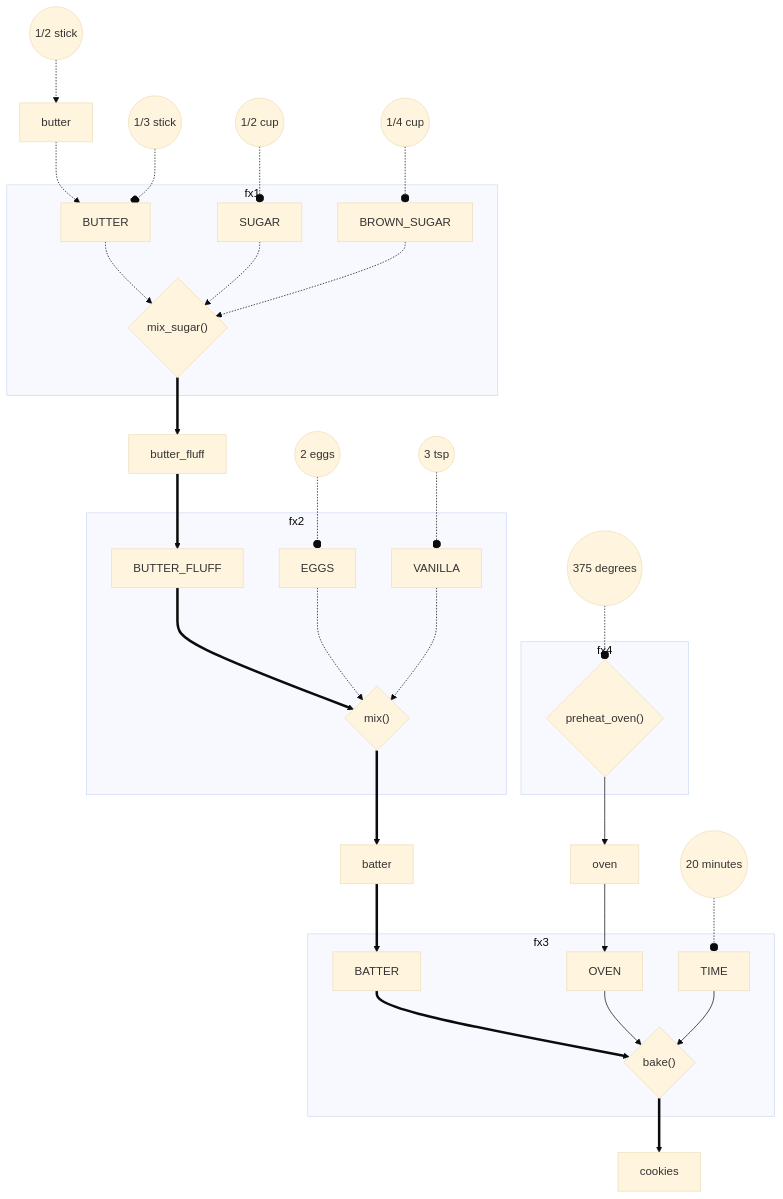
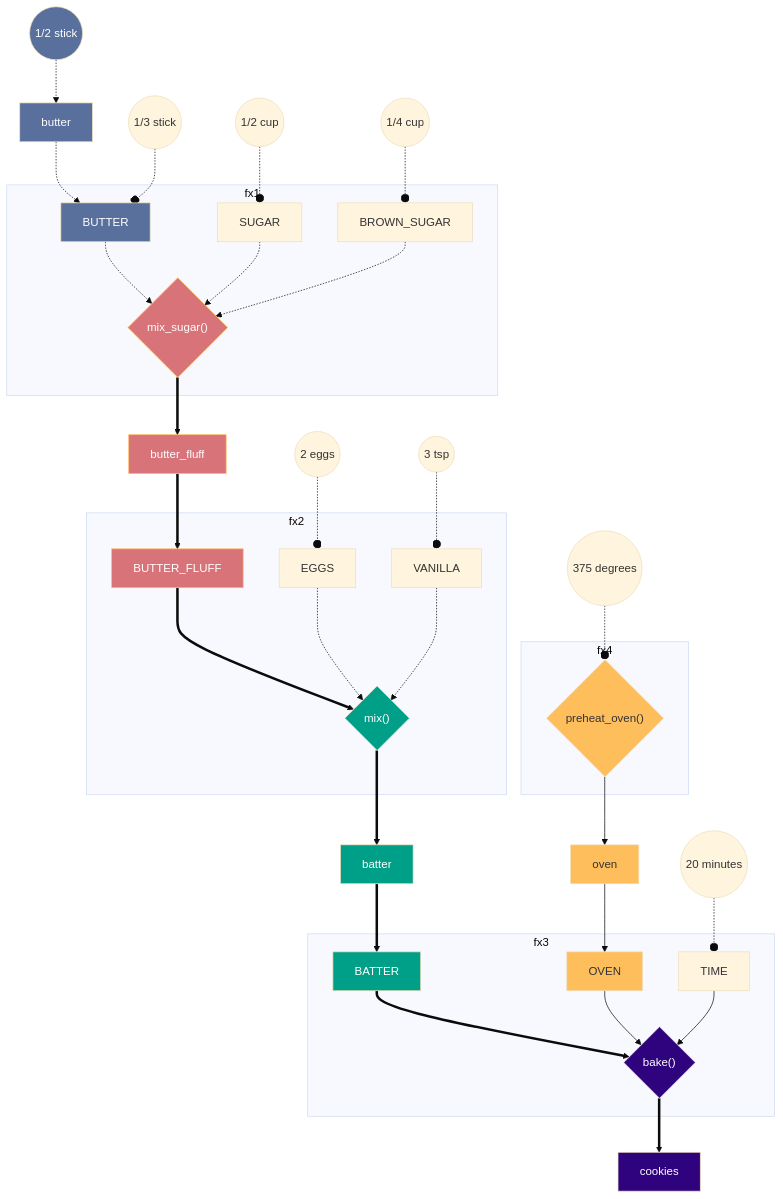
The second of 7 diagrams in lectures/week-01-function-review.md (Watts-College/paf-514-template), drawn with Mermaid (base theme) before and after one commit. The commit also changed other lines of this file, not shown here.

````diff
--- a/lectures/week-01-function-review.md
+++ b/lectures/week-01-function-review.md
@@ -245,37 +247,51 @@
 ```mermaid
 graph TD;
   subgraph fx1
     BUTTER      -.-> mix{"mix_sugar()"};
     SUGAR       -.-> mix{"mix_sugar()"};
     BROWN_SUGAR -.-> mix{"mix_sugar()"};
   end
     v0(("1/2 stick")) -.-> butter;
     butter -.-> BUTTER;
     v1((1/3 stick))  -.-o  BUTTER;
     v2((1/2 cup))    -.-o  SUGAR;
     v3((1/4 cup))    -.-o  BROWN_SUGAR;
     mix{"mix_sugar()"} ==> butter_fluff;
     butter_fluff ==> BUTTER_FLUFF;
   subgraph fx2
     BUTTER_FLUFF ==> m2{"mix()"};
     EGGS -.-> m2;
     VANILLA  -.-> m2;
   end
     v4((2 eggs)) -.-o EGGS;
     v5((3 tsp)) -.-o VANILLA;
     m2 ==> batter;
   subgraph fx3
     BATTER ==> bake{"bake()"};
     OVEN --> bake;
     TIME --> bake;
   end
     v10(("20 minutes")) -.-o TIME;
     batter ==> BATTER;
   subgraph fx4
     preheat{"preheat_oven()"};
   end
     v9(("375 degrees")) -.-o preheat{"preheat_oven()"};
     preheat --> oven;
     oven --> OVEN;
     bake ==> cookies;
+  style v0 fill: #59709c,color:#fff
+  style butter fill: #59709c,color:#fff
+  style BUTTER fill: #59709c,color:#fff
+  style mix fill: #d87379,stroke:#ffbe5c,color:#fff
+  style butter_fluff fill: #d87379,stroke:#ffbe5c,color:#fff
+  style BUTTER_FLUFF fill: #d87379,stroke:#ffbe5c,color:#fff
+  style batter fill: #009f88,color:#fff
+  style BATTER fill: #009f88,color:#fff
+  style m2 fill: #009f88,color:#fff
+  style bake fill: #2f027e,color:#fff
+  style cookies fill: #2f027e,color:#fff
+  style preheat fill:#ffbe5c
+  style oven fill:#ffbe5c
+  style OVEN fill:#ffbe5c
 ```
````
